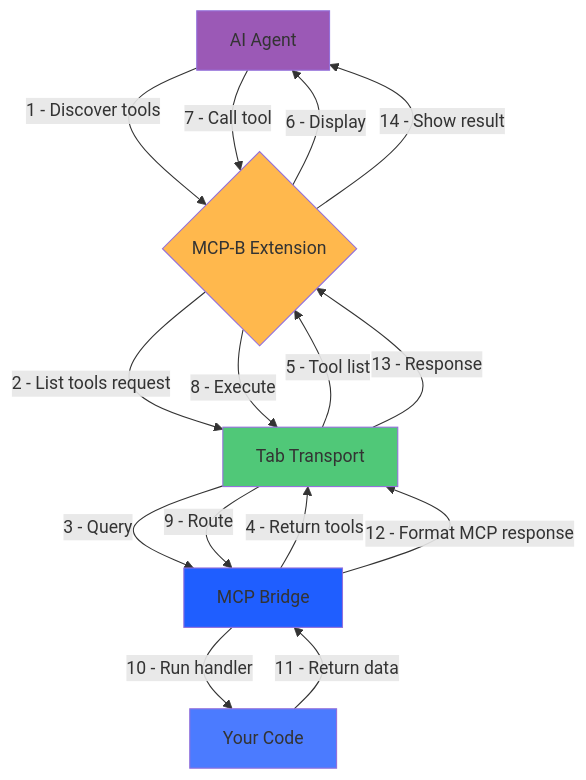
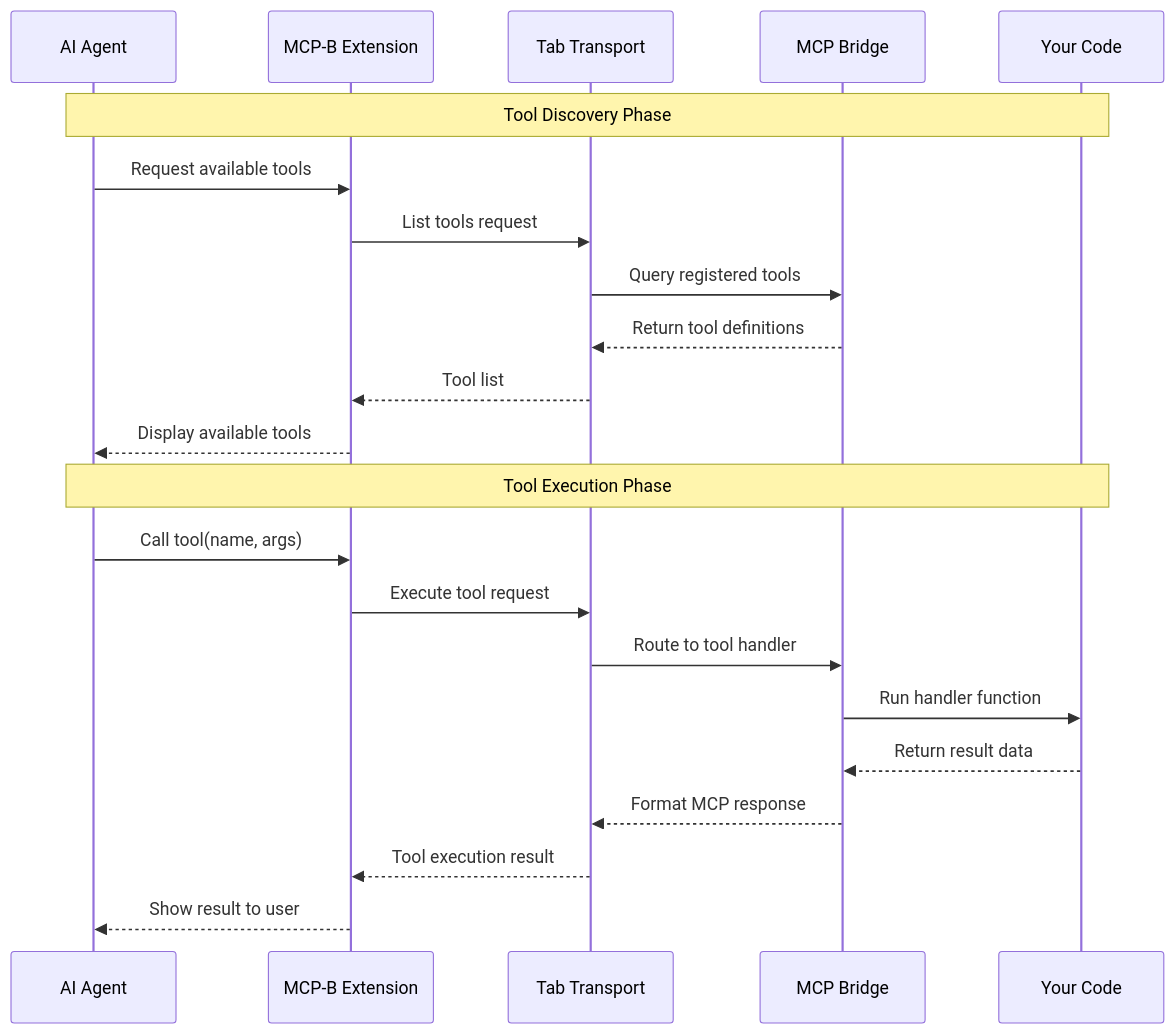
The eighth of 10 diagrams in concepts.mdx (WebMCP-org/docs), drawn with Mermaid before and after one commit.

Commit message:
refactor: convert Tool Execution Flow to sequence diagram
Changed from flowchart to sequence diagram to better represent the
request-response pattern between components. Added clear phases for
Tool Discovery and Tool Execution with proper request/response arrows.

Generated with [Claude Code](https://claude.com/claude-code)

````diff
--- a/concepts.mdx
+++ b/concepts.mdx
@@ -278,24 +278,26 @@
 ```mermaid
-flowchart TD
-    A[AI Agent] -->|1 - Discover tools| B{MCP-B Extension}
-    B -->|2 - List tools request| C[Tab Transport]
-    C -->|3 - Query| D[MCP Bridge]
-    D -->|4 - Return tools| C
-    C -->|5 - Tool list| B
-    B -->|6 - Display| A
+sequenceDiagram
+    participant A as AI Agent
+    participant X as MCP-B Extension
+    participant T as Tab Transport
+    participant B as MCP Bridge
+    participant W as Your Code
 
-    A -->|7 - Call tool| B
-    B -->|8 - Execute| C
-    C -->|9 - Route| D
-    D -->|10 - Run handler| E[Your Code]
-    E -->|11 - Return data| D
-    D -->|12 - Format MCP response| C
-    C -->|13 - Response| B
-    B -->|14 - Show result| A
+    Note over A,W: Tool Discovery Phase
+    A->>X: Request available tools
+    X->>T: List tools request
+    T->>B: Query registered tools
+    B-->>T: Return tool definitions
+    T-->>X: Tool list
+    X-->>A: Display available tools
 
-    style A fill:#9B59B6
-    style B fill:#FFB84D
-    style C fill:#50C878
-    style D fill:#1F5EFF
-    style E fill:#4B7BFF
+    Note over A,W: Tool Execution Phase
+    A->>X: Call tool(name, args)
+    X->>T: Execute tool request
+    T->>B: Route to tool handler
+    B->>W: Run handler function
+    W-->>B: Return result data
+    B-->>T: Format MCP response
+    T-->>X: Tool execution result
+    X-->>A: Show result to user
 ```
````
